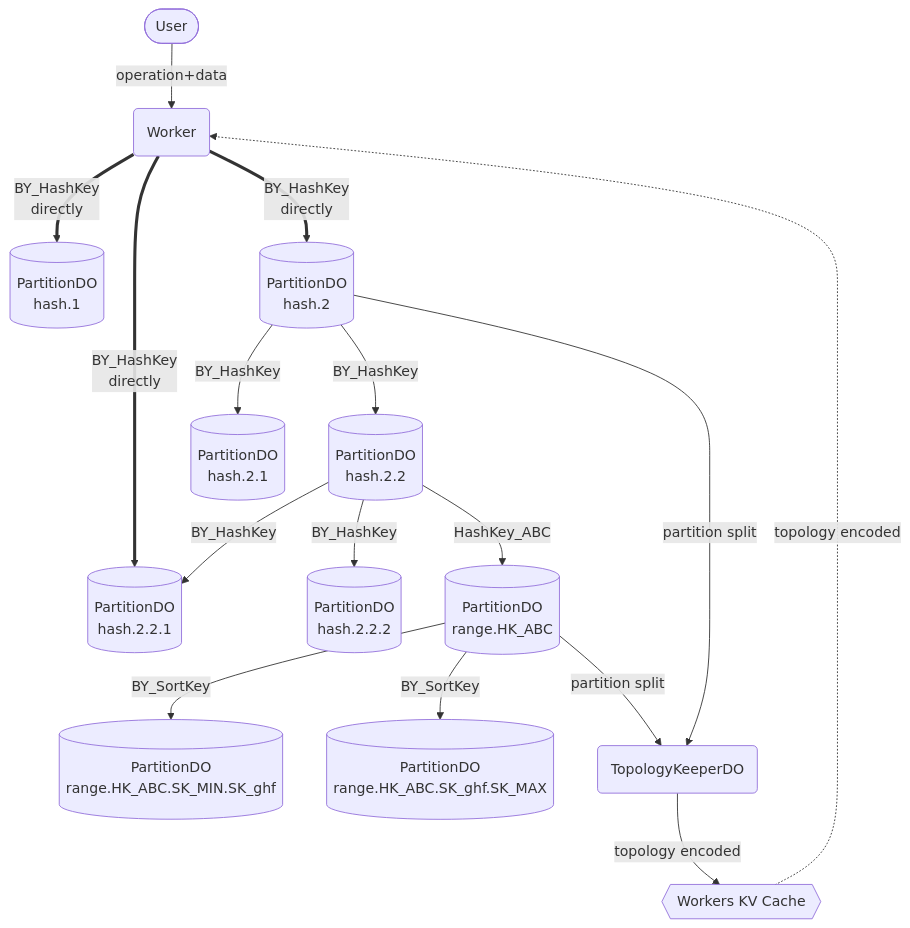
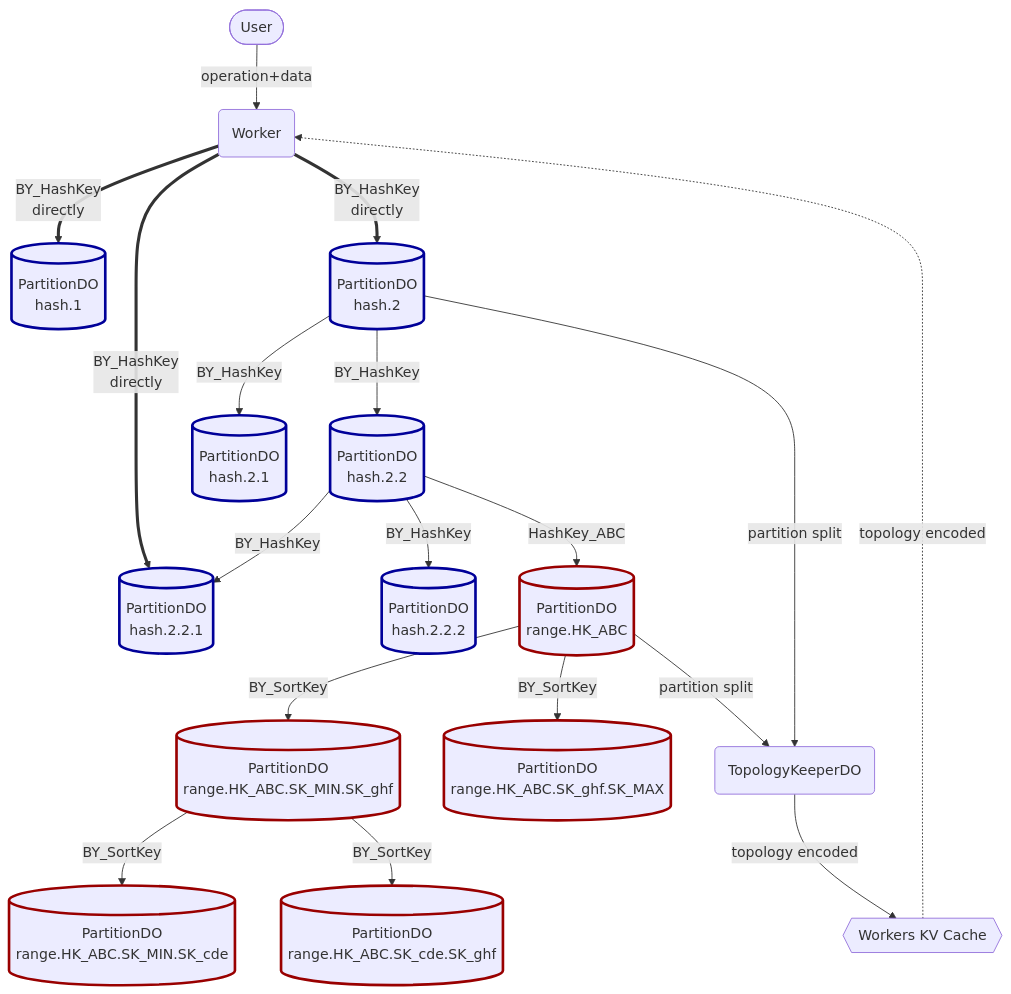
One commit to lambrospetrou/lambrospetrou.github.io changed the first of 2 diagrams in src/_posts/2026-06-05-fokosdb.md. Above: the diagram before and after it, drawn with Mermaid. The commit also changed other lines of this file and 1 other file, not shown here.

Commit message:
fokosdb updated topology diagram

````diff
--- a/src/_posts/2026-06-05-fokosdb.md
+++ b/src/_posts/2026-06-05-fokosdb.md
@@ -127,23 +127,30 @@
 ```mermaid
 flowchart TD
     A([User]) -->|operation+data| B(Worker)
 
     C{{Workers KV Cache}} -.->|topology encoded| B
 
     B ==>|BY_HashKey\ndirectly| DD[(PartitionDO\nhash.1)]
     B ==>|BY_HashKey\ndirectly| D[(PartitionDO\nhash.2)]
     D -->|BY_HashKey| E[(PartitionDO\nhash.2.2)]
     D -->|BY_HashKey| F[(PartitionDO\nhash.2.1)]
 
     B ==>|BY_HashKey\ndirectly| FF
     E -->|BY_HashKey| FF[(PartitionDO\nhash.2.2.1)]
     E -->|BY_HashKey| FFN[(PartitionDO\nhash.2.2.2)]
 
     E -->|HashKey_ABC| G[(PartitionDO\nrange.HK_ABC)]
     G -->|BY_SortKey| H[(PartitionDO\nrange.HK_ABC.SK_MIN.SK_ghf)]
     G -->|BY_SortKey| I[(PartitionDO\nrange.HK_ABC.SK_ghf.SK_MAX)]
+    H -->|BY_SortKey| H1[(PartitionDO\nrange.HK_ABC.SK_MIN.SK_cde)]
+    H -->|BY_SortKey| H2[(PartitionDO\nrange.HK_ABC.SK_cde.SK_ghf)]
 
     TK(TopologyKeeperDO) -->|topology encoded| C
     G -->|partition split| TK
     D -->|partition split| TK
+
+    classDef hashPartition stroke:#000099,stroke-width:3px
+    class D,DD,E,F,FF,FFN hashPartition
+    classDef rangePartition stroke:#990000,stroke-width:3px
+    class G,H,I,,H1,H2 rangePartition
 ```
````
